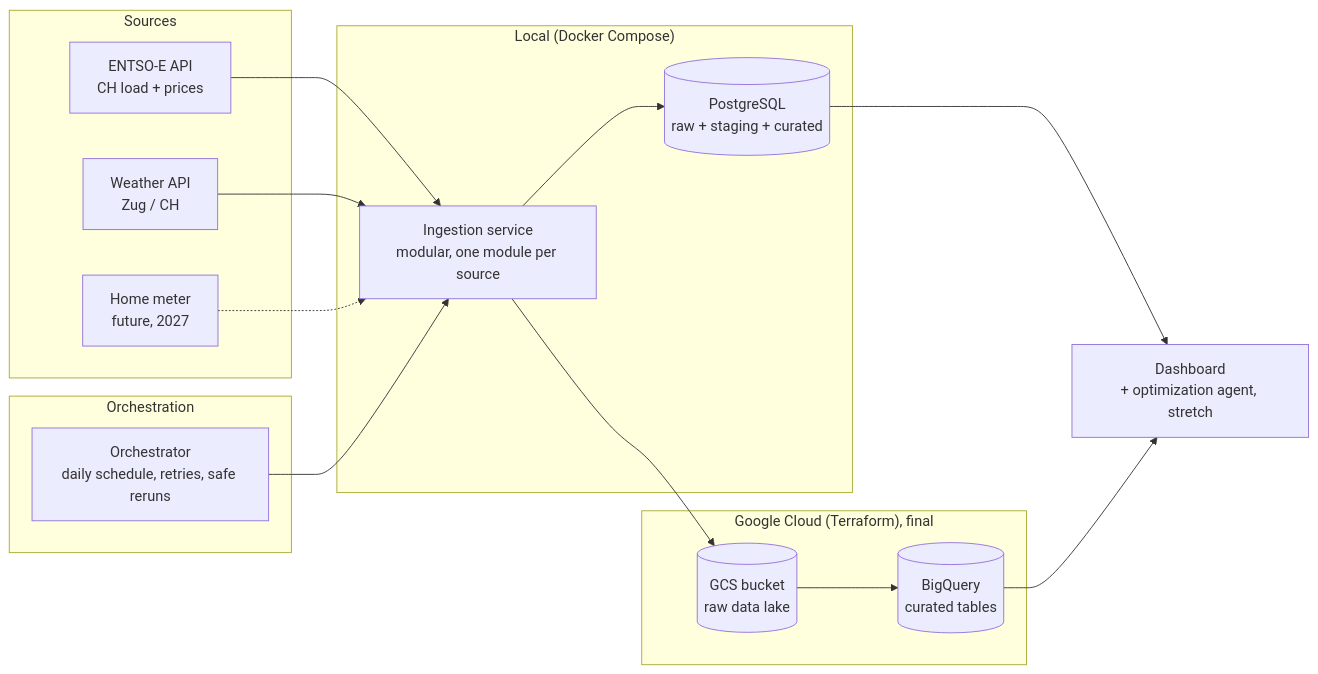
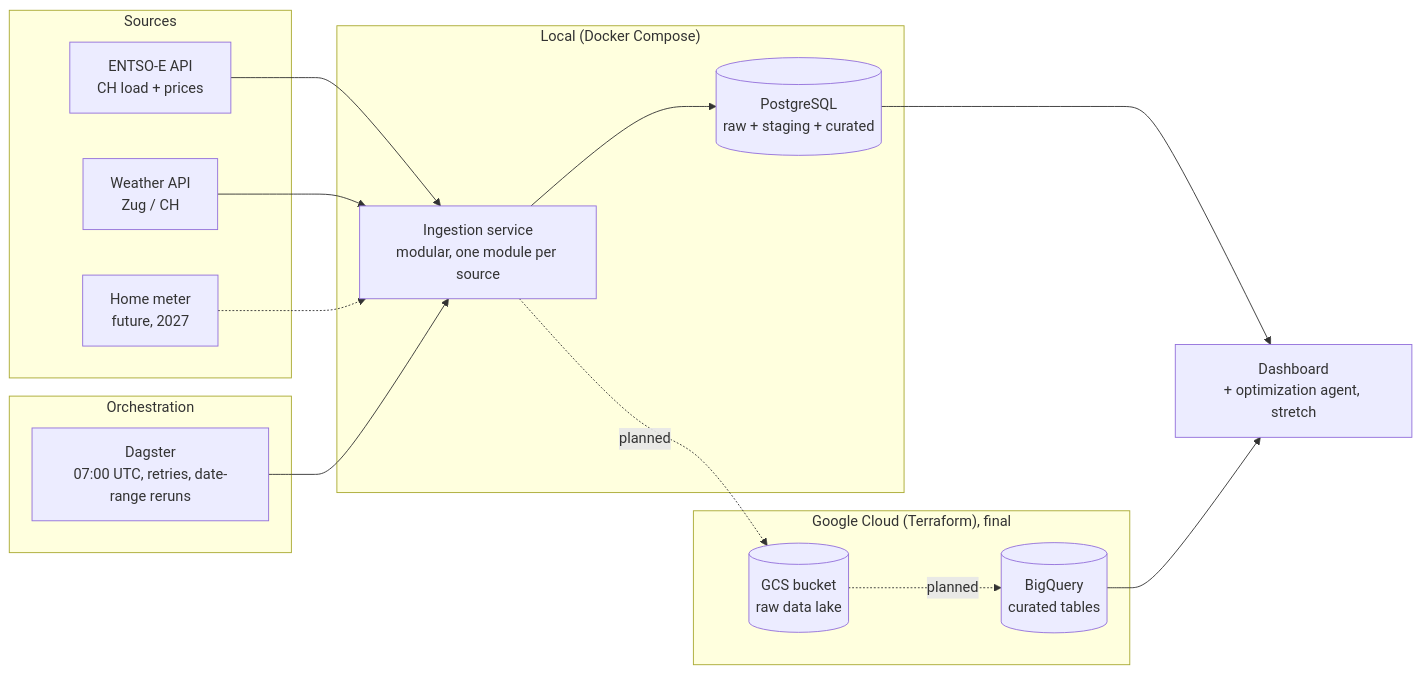
Before and after one commit to 0xff4b/saftimize: the diagram in docs/architecture.md, drawn with Mermaid. The commit also changed other lines of this file and 18 other files, not shown here.

````diff
--- a/docs/architecture.md
+++ b/docs/architecture.md
@@ -9,34 +11,34 @@
 ```mermaid
 flowchart LR
     subgraph Sources
         E[ENTSO-E API<br/>CH load + prices]
         W[Weather API<br/>Zug / CH]
         M[Home meter<br/>future, 2027]
     end
 
     subgraph Orchestration
-        O[Orchestrator<br/>daily schedule, retries, safe reruns]
+        O[Dagster<br/>07:00 UTC, retries, date-range reruns]
     end
 
     subgraph Local["Local (Docker Compose)"]
         I[Ingestion service<br/>modular, one module per source]
         PG[(PostgreSQL<br/>raw + staging + curated)]
     end
 
     subgraph Cloud["Google Cloud (Terraform), final"]
         GCS[(GCS bucket<br/>raw data lake)]
         BQ[(BigQuery<br/>curated tables)]
     end
 
     D[Dashboard<br/>+ optimization agent, stretch]
 
     E --> I
     W --> I
     M -.-> I
     O --> I
     I --> PG
-    I --> GCS
-    GCS --> BQ
+    I -. planned .-> GCS
+    GCS -. planned .-> BQ
     PG --> D
     BQ --> D
 ```
````
